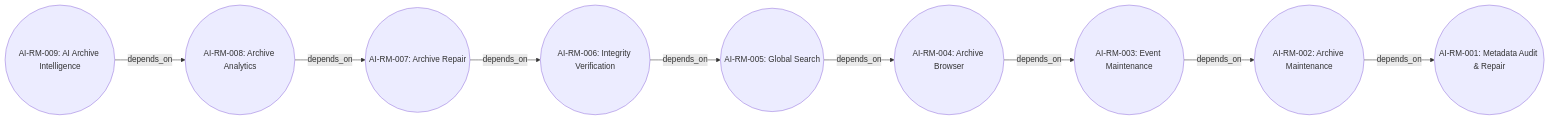
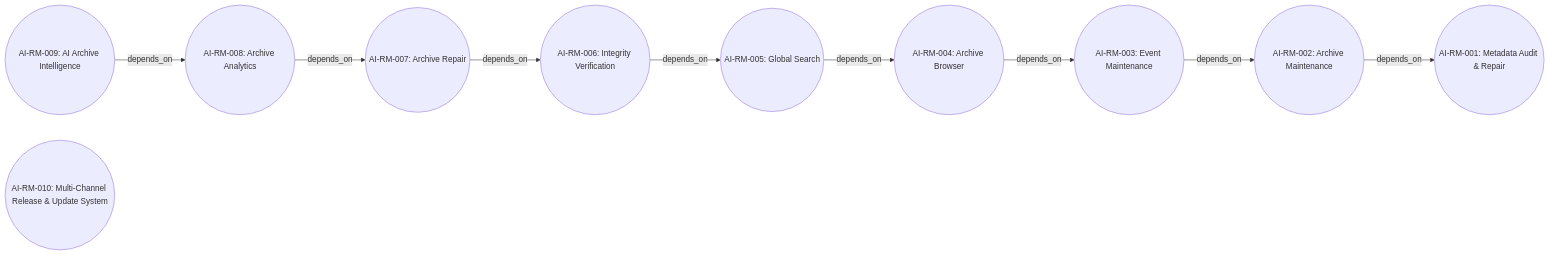
Before and after one commit to murtazakhazanchi-ops/autoingest-releases: the first of 8 diagrams in docs/product/generated/dependency-graph.md, drawn with Mermaid. The commit also changed other lines of this file and 48 other files, not shown here.

````diff
--- a/docs/product/generated/dependency-graph.md
+++ b/docs/product/generated/dependency-graph.md
@@ -11,21 +11,22 @@
 ```mermaid
 flowchart LR
   %% Roadmap milestone relationships
   AI_RM_001(("AI-RM-001: Metadata Audit & Repair"))
   AI_RM_002(("AI-RM-002: Archive Maintenance"))
   AI_RM_003(("AI-RM-003: Event Maintenance"))
   AI_RM_004(("AI-RM-004: Archive Browser"))
   AI_RM_005(("AI-RM-005: Global Search"))
   AI_RM_006(("AI-RM-006: Integrity Verification"))
   AI_RM_007(("AI-RM-007: Archive Repair"))
   AI_RM_008(("AI-RM-008: Archive Analytics"))
   AI_RM_009(("AI-RM-009: AI Archive Intelligence"))
+  AI_RM_010(("AI-RM-010: Multi-Channel Release & Update System"))
   AI_RM_002 -->|depends_on| AI_RM_001
   AI_RM_003 -->|depends_on| AI_RM_002
   AI_RM_004 -->|depends_on| AI_RM_003
   AI_RM_005 -->|depends_on| AI_RM_004
   AI_RM_006 -->|depends_on| AI_RM_005
   AI_RM_007 -->|depends_on| AI_RM_006
   AI_RM_008 -->|depends_on| AI_RM_007
   AI_RM_009 -->|depends_on| AI_RM_008
 ```
````
